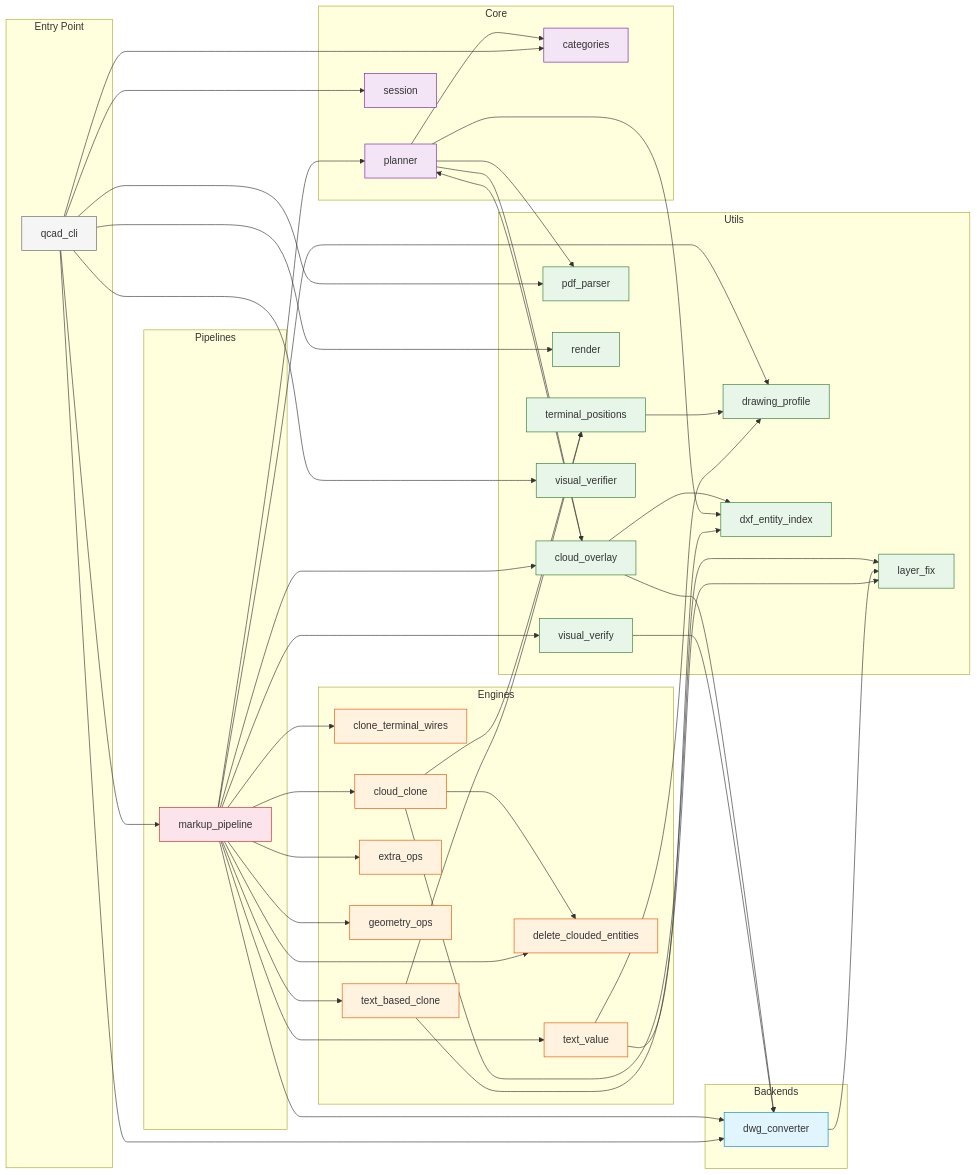
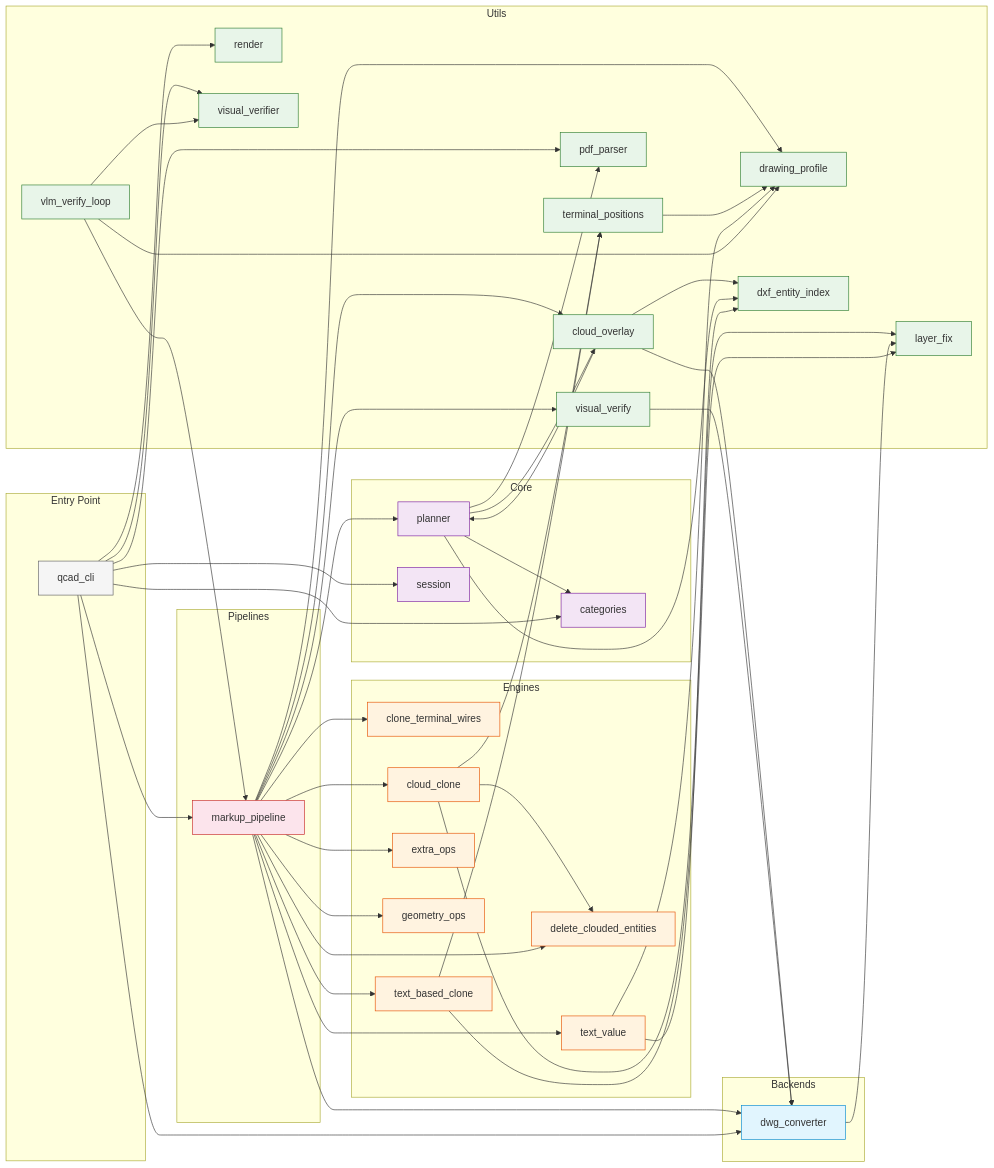
The diagram in MODULE_GRAPH.md (LIGHTSPEED1699/cli-anything-qcad), drawn with Mermaid before and after one commit. The commit also changed 1 other file, not shown here.

Commit message:
docs: update README and module graph for collision detection + VLM verify loop
- README: document batch label collision detection (6 candidate positions,
  blocked labels) and closed-loop VLM verification (zoomed crops, neutral
  questions, retry loop, overlap_check)
- MODULE_GRAPH: add vlm_verify_loop node with edges to drawing_profile,
  markup_pipeline, and visual_verifier

````diff
--- a/MODULE_GRAPH.md
+++ b/MODULE_GRAPH.md
@@ -33,6 +33,7 @@
         terminal_positions[terminal_positions]
         visual_verifier[visual_verifier]
         visual_verify[visual_verify]
+        vlm_verify_loop[vlm_verify_loop]
     end
 
     subgraph pipelines[Pipelines]
@@ -79,6 +80,9 @@
     text_value --> drawing_profile
     text_value --> dxf_entity_index
     visual_verify --> dwg_converter
+    vlm_verify_loop --> drawing_profile
+    vlm_verify_loop --> markup_pipeline
+    vlm_verify_loop --> visual_verifier
 
     classDef backends fill:#e1f5fe,stroke:#0288d1
     classDef core fill:#f3e5f5,stroke:#7b1fa2
@@ -107,6 +111,7 @@
     class terminal_positions utils
     class visual_verifier utils
     class visual_verify utils
+    class vlm_verify_loop utils
     class markup_pipeline pipelines
     class qcad_cli other
 ```
````
